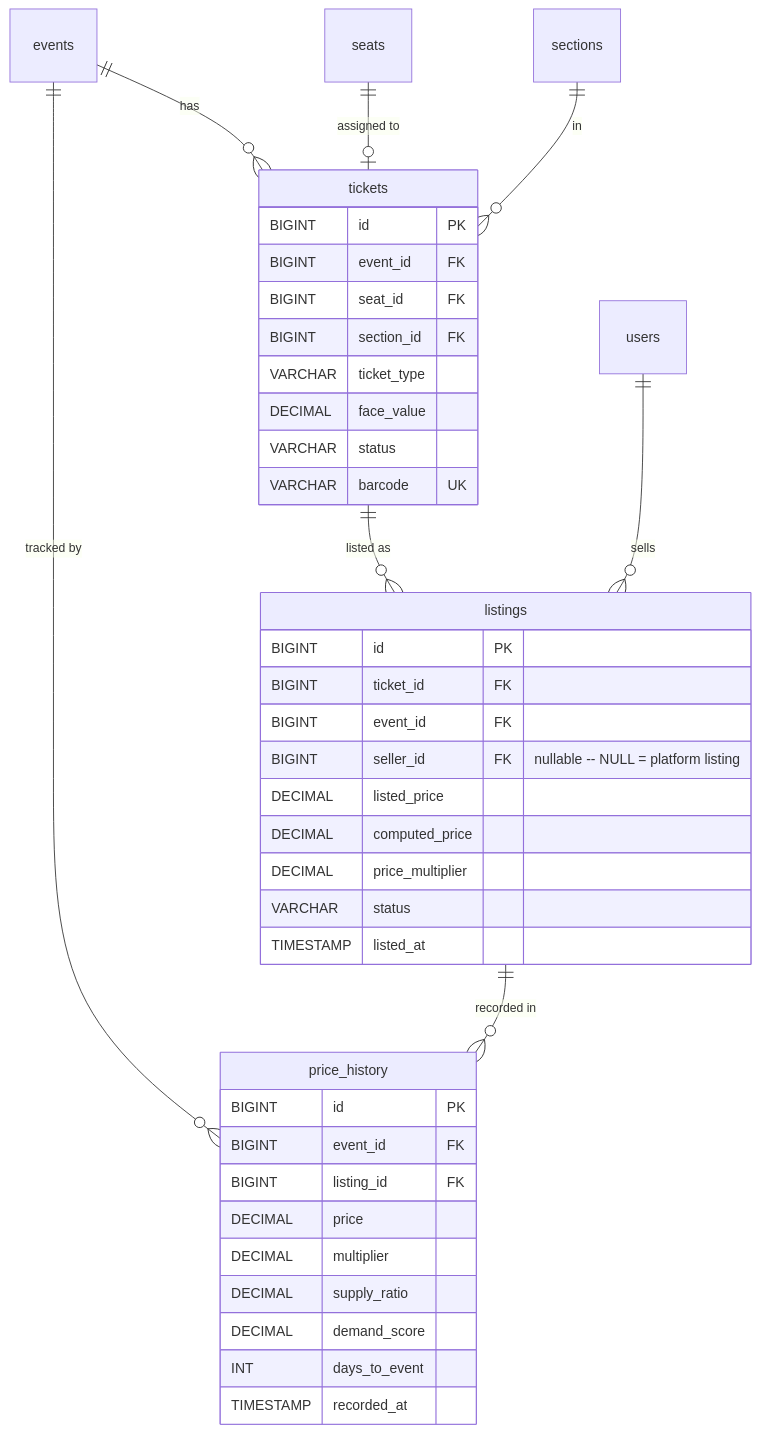
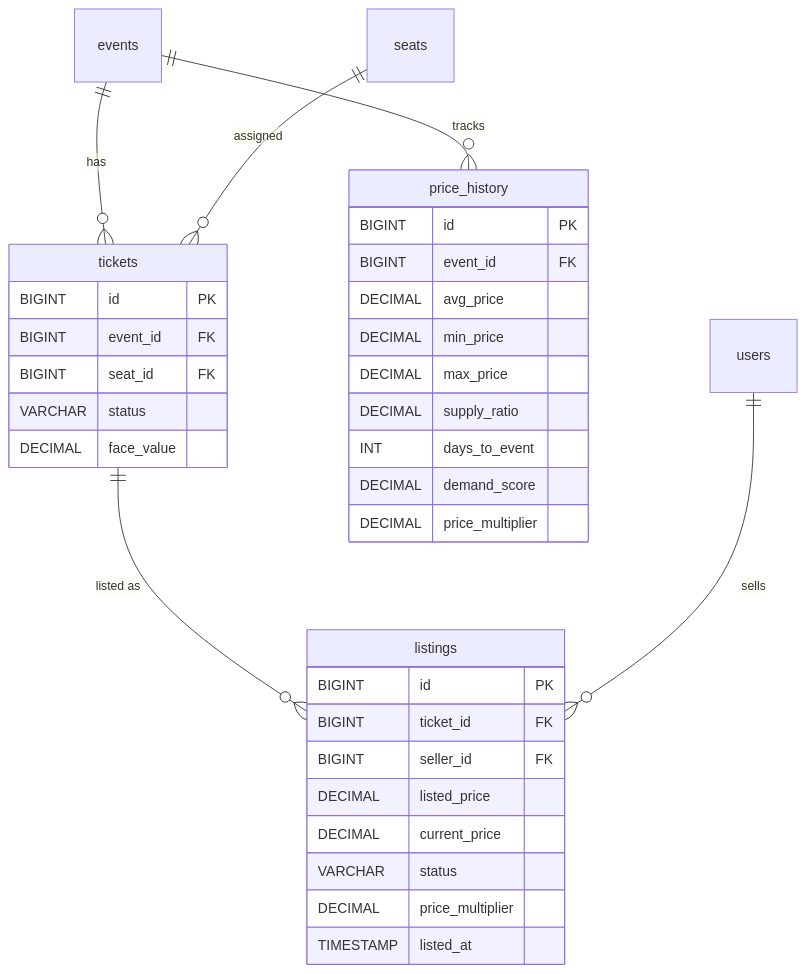
The fourth of 7 diagrams in ARCHITECTURE.md (kousen/mockhub), drawn with Mermaid before and after one commit. The commit also changed other lines of this file and 10 other files, not shown here.

````diff
--- a/ARCHITECTURE.md
+++ b/ARCHITECTURE.md
@@ -526,43 +169,37 @@
 ```mermaid
 erDiagram
     tickets {
         BIGINT id PK
         BIGINT event_id FK
         BIGINT seat_id FK
-        BIGINT section_id FK
-        VARCHAR ticket_type
+        VARCHAR status
         DECIMAL face_value
-        VARCHAR status
-        VARCHAR barcode UK
     }
     listings {
         BIGINT id PK
         BIGINT ticket_id FK
-        BIGINT event_id FK
-        BIGINT seller_id FK "nullable -- NULL = platform listing"
+        BIGINT seller_id FK
         DECIMAL listed_price
-        DECIMAL computed_price
+        DECIMAL current_price
+        VARCHAR status
         DECIMAL price_multiplier
-        VARCHAR status
         TIMESTAMP listed_at
     }
     price_history {
         BIGINT id PK
         BIGINT event_id FK
-        BIGINT listing_id FK
-        DECIMAL price
-        DECIMAL multiplier
+        DECIMAL avg_price
+        DECIMAL min_price
+        DECIMAL max_price
         DECIMAL supply_ratio
+        INT days_to_event
         DECIMAL demand_score
-        INT days_to_event
-        TIMESTAMP recorded_at
+        DECIMAL price_multiplier
     }
 
     events ||--o{ tickets : "has"
-    seats ||--o| tickets : "assigned to"
-    sections ||--o{ tickets : "in"
+    seats ||--o{ tickets : "assigned"
     tickets ||--o{ listings : "listed as"
     users ||--o{ listings : "sells"
-    events ||--o{ price_history : "tracked by"
-    listings ||--o{ price_history : "recorded in"
+    events ||--o{ price_history : "tracks"
 ```
````
